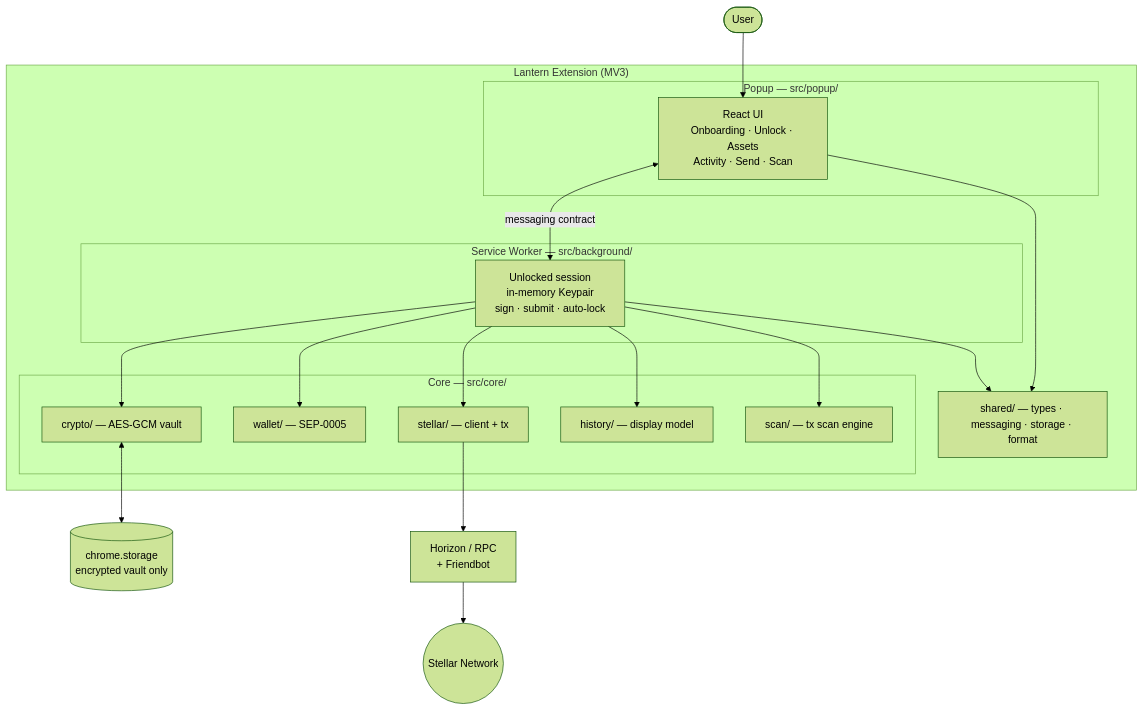
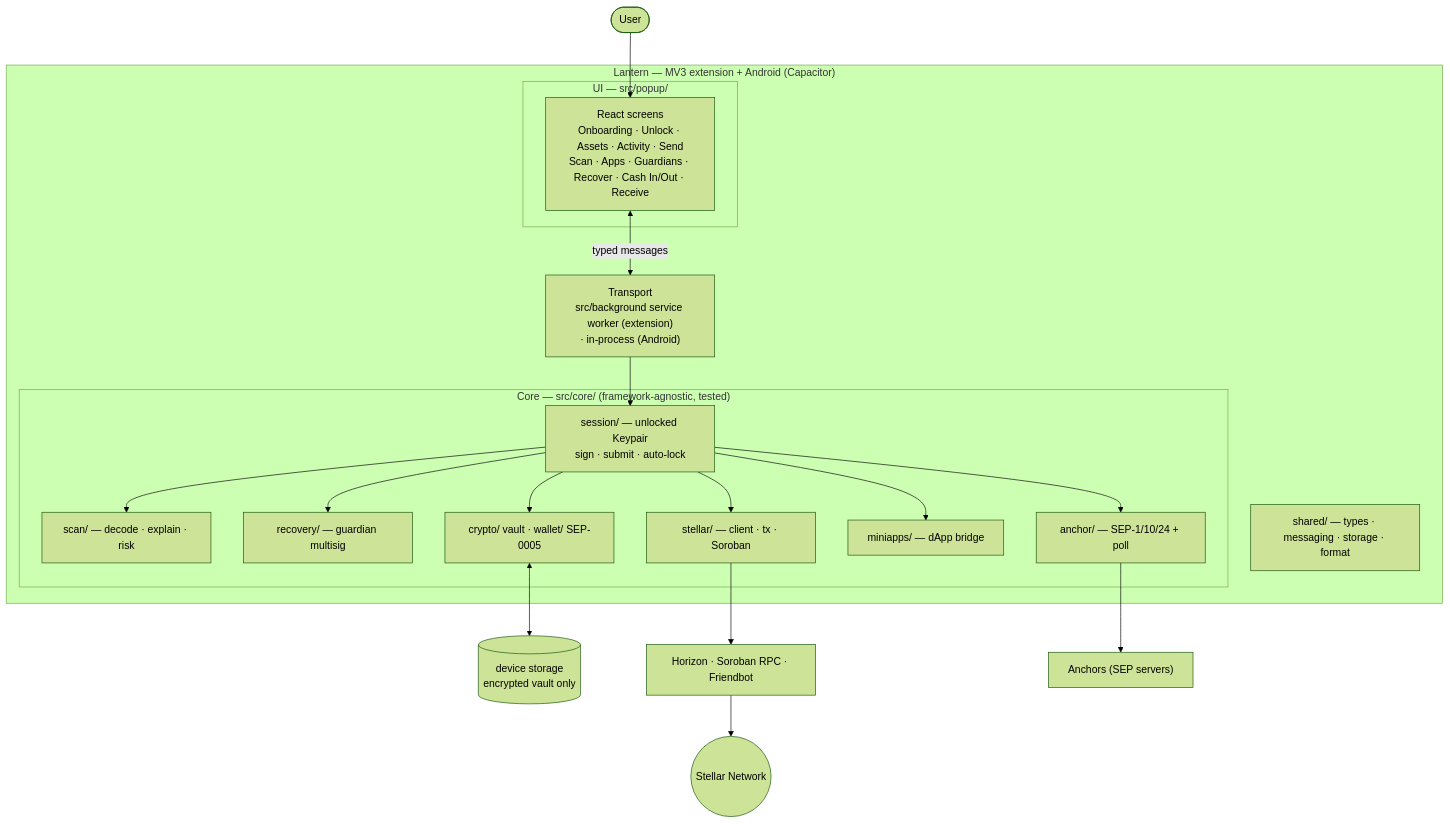
One commit to kimerran/stellar-lantern changed the first of 4 diagrams in README.md. Above: the diagram before and after it, drawn with Mermaid (forest theme). The commit also changed other lines of this file, not shown here.

First line of the commit message:
docs: rewrite README for current state (architecture + sequence diagrams)

````diff
--- a/README.md
+++ b/README.md
@@ -81,38 +98,40 @@
 ```mermaid
 flowchart TB
     user([User])
 
-    subgraph ext["Lantern Extension (MV3)"]
-        subgraph popup["Popup — src/popup/"]
-            ui["React UI<br/>Onboarding · Unlock · Assets<br/>Activity · Send · Scan"]
+    subgraph ext["Lantern — MV3 extension + Android (Capacitor)"]
+        subgraph ui["UI — src/popup/"]
+            screens["React screens<br/>Onboarding · Unlock · Assets · Activity · Send<br/>Scan · Apps · Guardians · Recover · Cash In/Out · Receive"]
         end
-        subgraph worker["Service Worker — src/background/"]
-            session["Unlocked session<br/>in-memory Keypair<br/>sign · submit · auto-lock"]
-        end
-        subgraph core["Core — src/core/"]
-            crypto["crypto/ — AES-GCM vault"]
-            wallet["wallet/ — SEP-0005"]
-            stellar["stellar/ — client + tx"]
-            history["history/ — display model"]
-            scan["scan/ — tx scan engine"]
+        transport["Transport<br/>src/background service worker (extension)<br/>· in-process (Android)"]
+        subgraph core["Core — src/core/ (framework-agnostic, tested)"]
+            session["session/ — unlocked Keypair<br/>sign · submit · auto-lock"]
+            scan["scan/ — decode · explain · risk"]
+            recovery["recovery/ — guardian multisig"]
+            anchor["anchor/ — SEP-1/10/24 + poll"]
+            stellar["stellar/ — client · tx · Soroban"]
+            miniapps["miniapps/ — dApp bridge"]
+            crypto["crypto/ vault · wallet/ SEP-0005"]
         end
         shared["shared/ — types · messaging · storage · format"]
     end
 
-    storage[("chrome.storage<br/>encrypted vault only")]
-    horizon["Horizon / RPC<br/>+ Friendbot"]
+    storage[("device storage<br/>encrypted vault only")]
+    horizon["Horizon · Soroban RPC · Friendbot"]
+    anchors["Anchors (SEP servers)"]
     network(("Stellar Network"))
 
-    user --> ui
-    ui <-->|"messaging contract"| session
-    ui --> shared
-    session --> shared
+    user --> screens
+    screens <-->|"typed messages"| transport
+    transport --> session
+    session --> scan
+    session --> recovery
+    session --> anchor
+    session --> stellar
+    session --> miniapps
     session --> crypto
-    session --> wallet
-    session --> stellar
-    session --> history
-    session --> scan
     crypto <--> storage
     stellar --> horizon
+    anchor --> anchors
     horizon --> network
 ```
````
